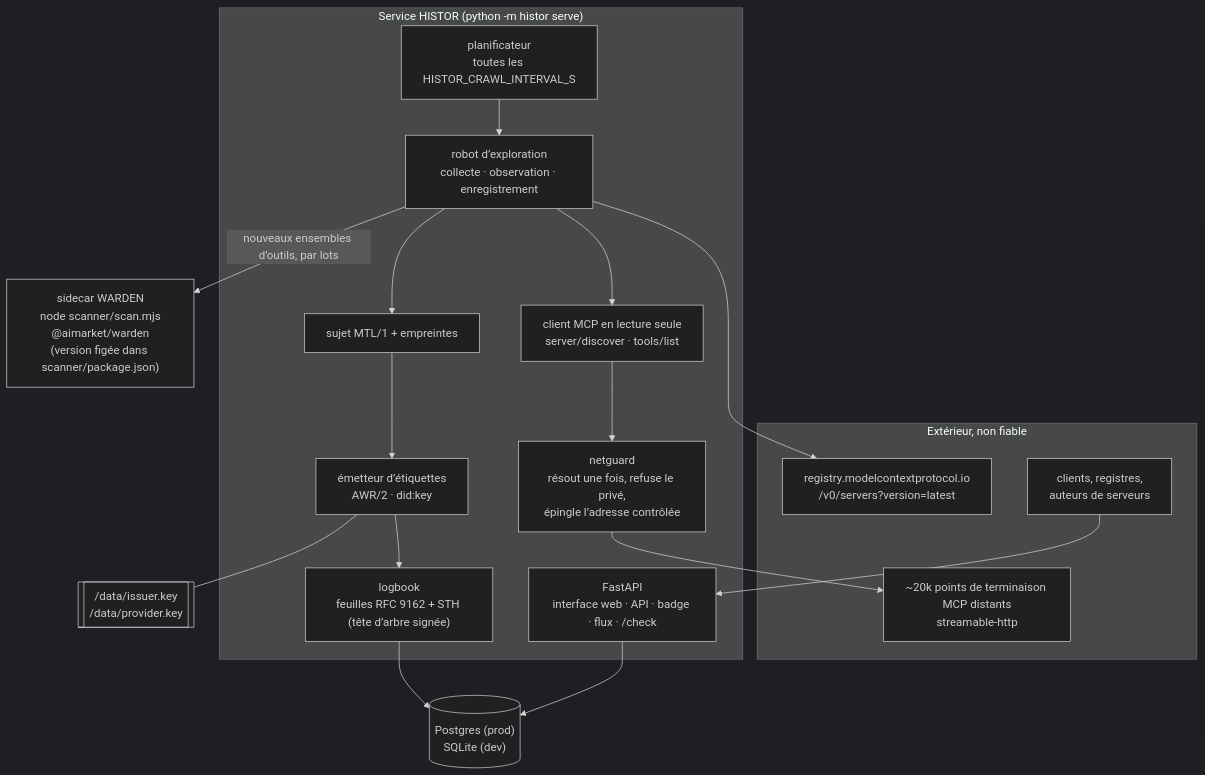
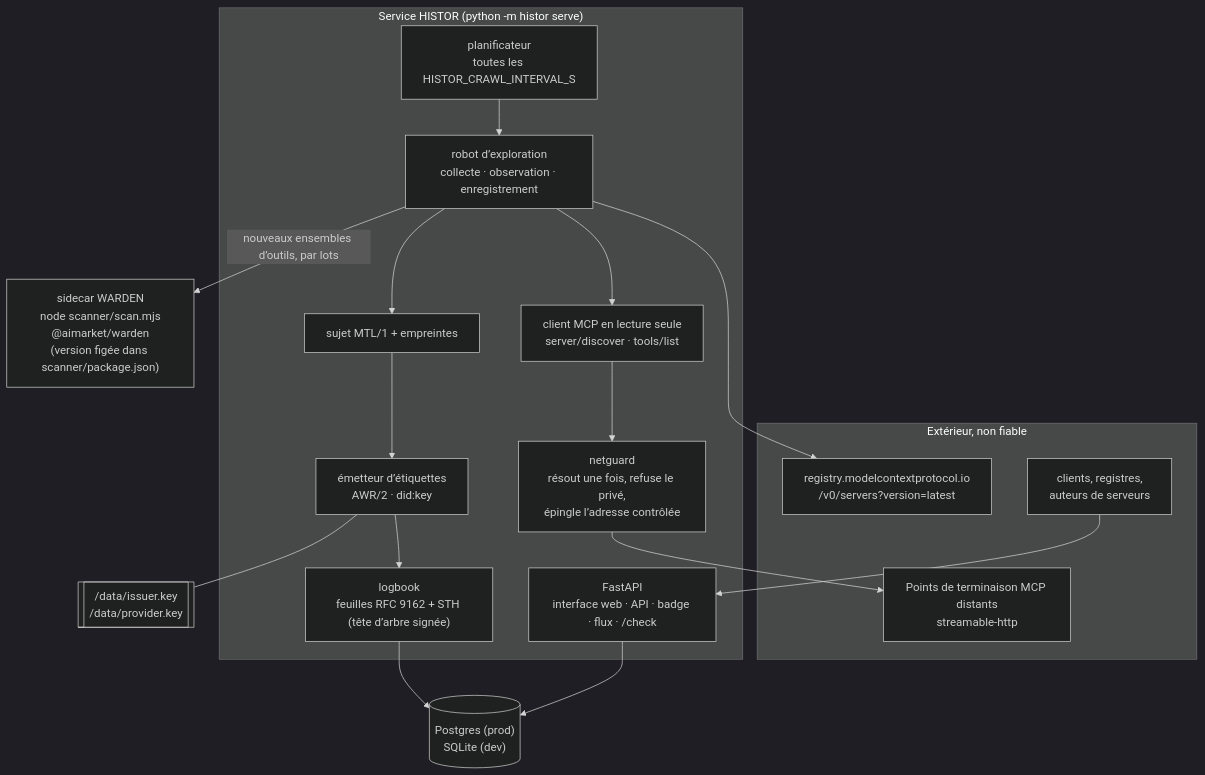
Before and after one commit to alexar76/histor: the first of 4 diagrams in docs/architecture.fr.md, drawn with Mermaid (dark theme). The commit also changed other lines of this file and 42 other files, not shown here.

````diff
--- a/docs/architecture.fr.md
+++ b/docs/architecture.fr.md
@@ -9,30 +9,30 @@
 ```mermaid
 flowchart TB
     subgraph Outside["Extérieur, non fiable"]
         REG["registry.modelcontextprotocol.io<br/>/v0/servers?version=latest"]
-        MCP["~20k points de terminaison MCP distants<br/>streamable-http"]
+        MCP["Points de terminaison MCP distants<br/>streamable-http"]
         CLIENT["clients, registres,<br/>auteurs de serveurs"]
     end
     subgraph Service["Service HISTOR (python -m histor serve)"]
         SCHED["planificateur<br/>toutes les HISTOR_CRAWL_INTERVAL_S"]
         CRAWL["robot d’exploration<br/>collecte · observation · enregistrement"]
         GUARD["netguard<br/>résout une fois, refuse le privé,<br/>épingle l’adresse contrôlée"]
         READER["client MCP en lecture seule<br/>server/discover · tools/list"]
         SUBJ["sujet MTL/1 + empreintes"]
         LABELS["émetteur d’étiquettes<br/>AWR/2 · did:key"]
         LOG["logbook<br/>feuilles RFC 9162 + STH (tête d’arbre signée)"]
         API["FastAPI<br/>interface web · API · badge · flux · /check"]
     end
     SIDE["sidecar WARDEN<br/>node scanner/scan.mjs<br/>@aimarket/warden<br/>(version figée dans scanner/package.json)"]
     DB[("Postgres (prod)<br/>SQLite (dev)")]
     KEY[["/data/issuer.key<br/>/data/provider.key"]]
 
     SCHED --> CRAWL
     CRAWL --> REG
     CRAWL --> READER --> GUARD --> MCP
     CRAWL --> SUBJ --> LABELS --> LOG --> DB
     CRAWL -- "nouveaux ensembles d’outils, par lots" --> SIDE
     LABELS --- KEY
     API --> DB
     CLIENT --> API
 ```
````
